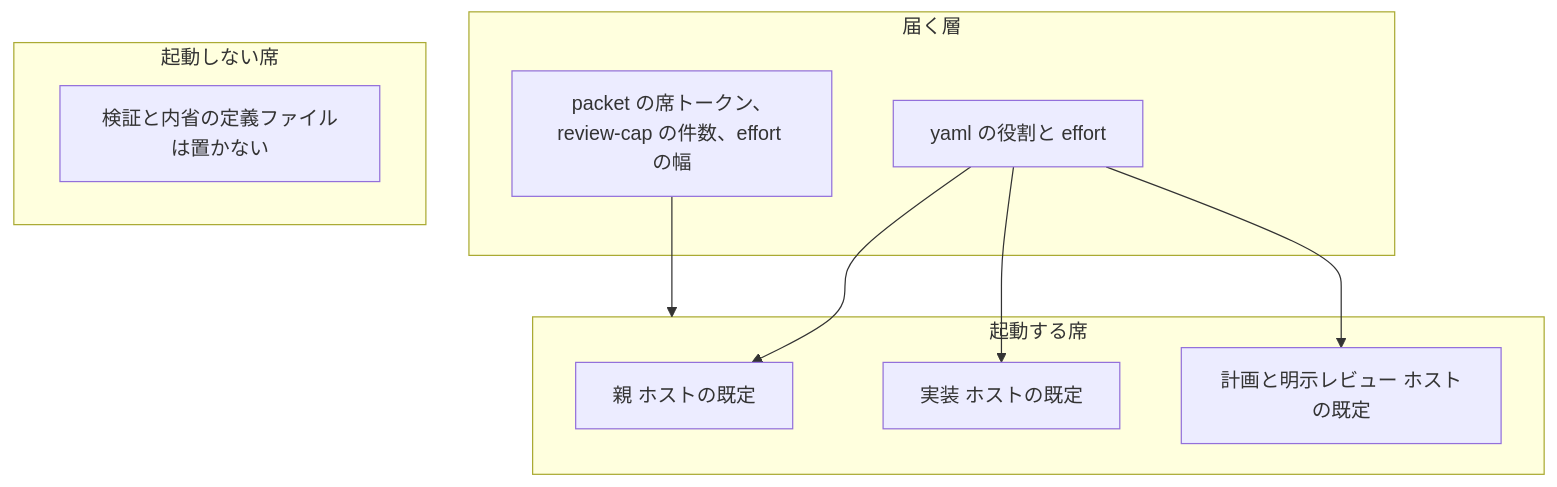
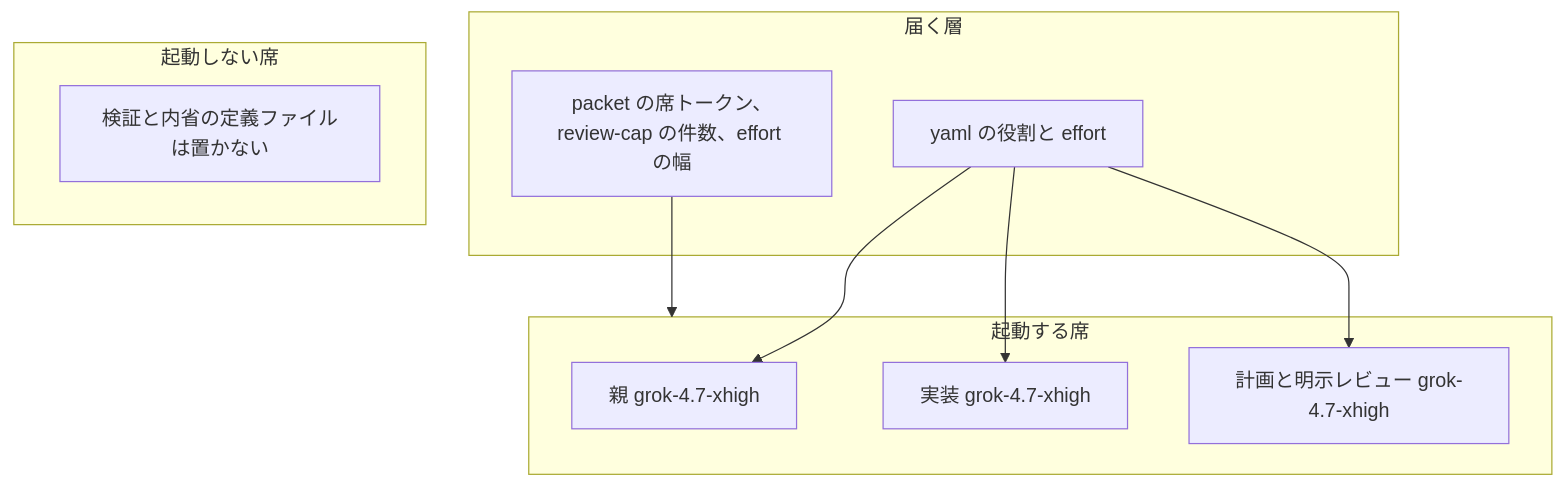
Before and after one commit to marumo333/marumo333-cloud: the diagram in docs/multi-agent-and-pins.md, drawn with Mermaid. The commit also changed other lines of this file and 30 other files, not shown here.

Commit message:
feat: 全席のモデルを grok-4.7-xhigh にする

````diff
--- a/docs/multi-agent-and-pins.md
+++ b/docs/multi-agent-and-pins.md
@@ -9,19 +9,19 @@
 ```mermaid
 flowchart TB
   subgraph live["起動する席"]
-    parent["親 ホストの既定"]
-    task["実装 ホストの既定"]
-    plan["計画と明示レビュー ホストの既定"]
+    parent["親 grok-4.7-xhigh"]
+    task["実装 grok-4.7-xhigh"]
+    plan["計画と明示レビュー grok-4.7-xhigh"]
   end
   subgraph write["届く層"]
     yaml["yaml の役割と effort"]
     gate["packet の席トークン、review-cap の件数、effort の幅"]
   end
   subgraph dead["起動しない席"]
     agent["検証と内省の定義ファイルは置かない"]
   end
   yaml --> parent
   yaml --> task
   yaml --> plan
   gate --> live
 ```
````
